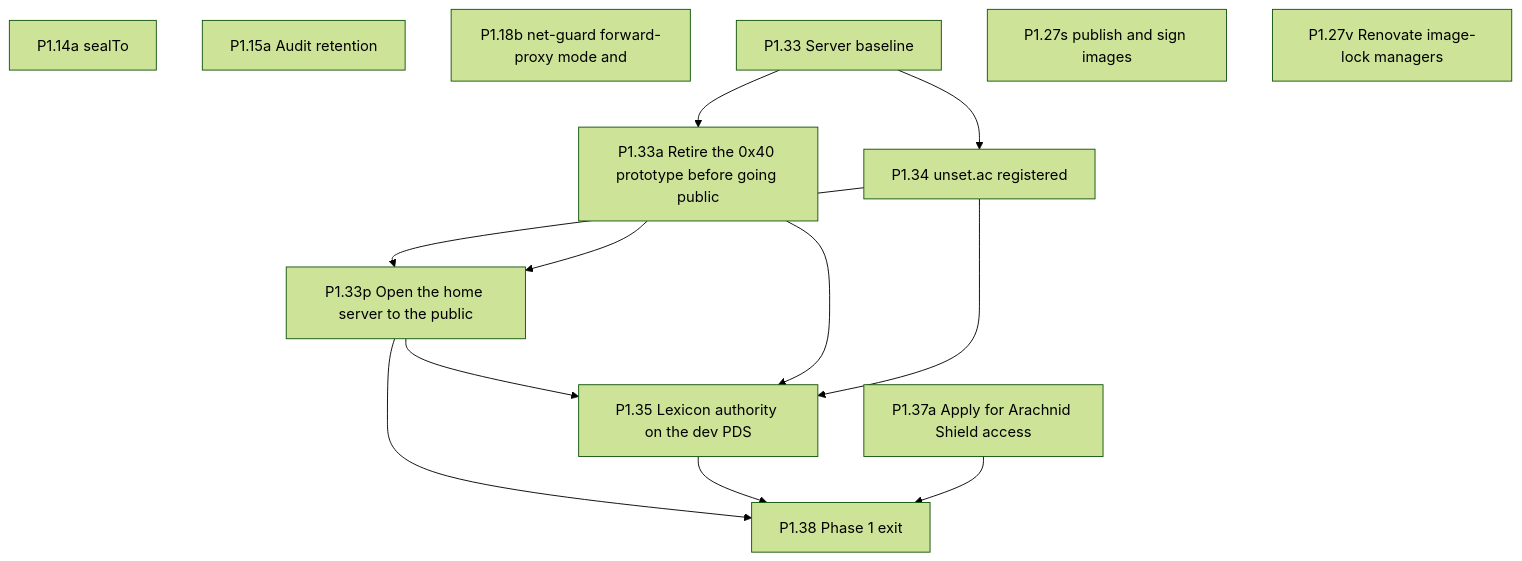
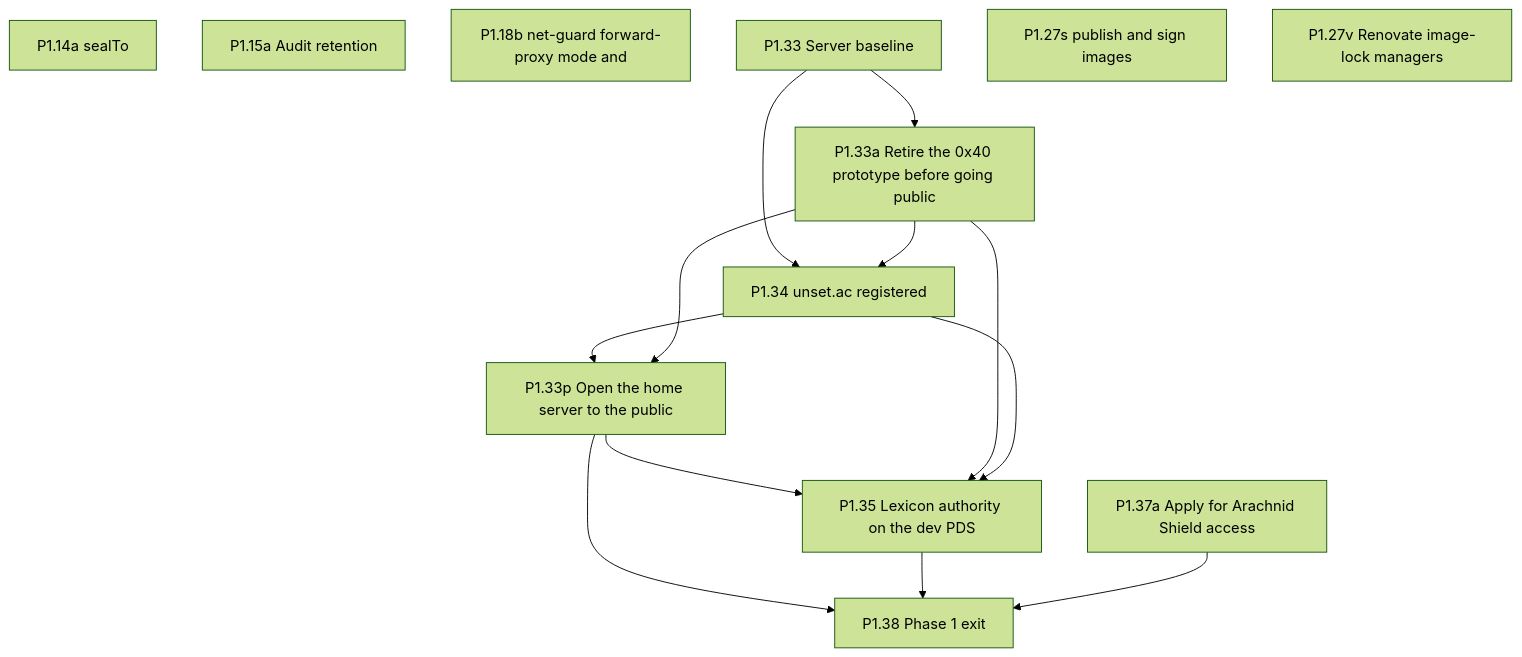
Before and after one commit to Undefined6799/unset: the fourth of 11 diagrams in docs/ai/book/01-outline.md, drawn with Mermaid (forest theme). The commit also changed other lines of this file and 3 other files, not shown here.

````diff
--- a/docs/ai/book/01-outline.md
+++ b/docs/ai/book/01-outline.md
@@ -1175,25 +1182,26 @@
 ```mermaid
 flowchart TD
   P1_14a["P1.14a sealTo"]
   P1_15a["P1.15a Audit retention"]
   P1_18b["P1.18b net-guard forward-proxy mode and"]
   P1_33["P1.33 Server baseline"]
   P1_33a["P1.33a Retire the 0x40 prototype before going public"]
   P1_33p["P1.33p Open the home server to the public"]
   P1_34["P1.34 unset.ac registered"]
   P1_35["P1.35 Lexicon authority on the dev PDS"]
   P1_27s["P1.27s publish and sign images"]
   P1_27v["P1.27v Renovate image-lock managers"]
   P1_37a["P1.37a Apply for Arachnid Shield access"]
   P1_38["P1.38 Phase 1 exit"]
   P1_33 --> P1_33a
   P1_33 --> P1_34
+  P1_33a --> P1_34
   P1_34 --> P1_33p
   P1_33a --> P1_33p
   P1_33p --> P1_35
   P1_33a --> P1_35
   P1_33p --> P1_38
   P1_34 --> P1_35
   P1_35 --> P1_38
   P1_37a --> P1_38
 ```
````
